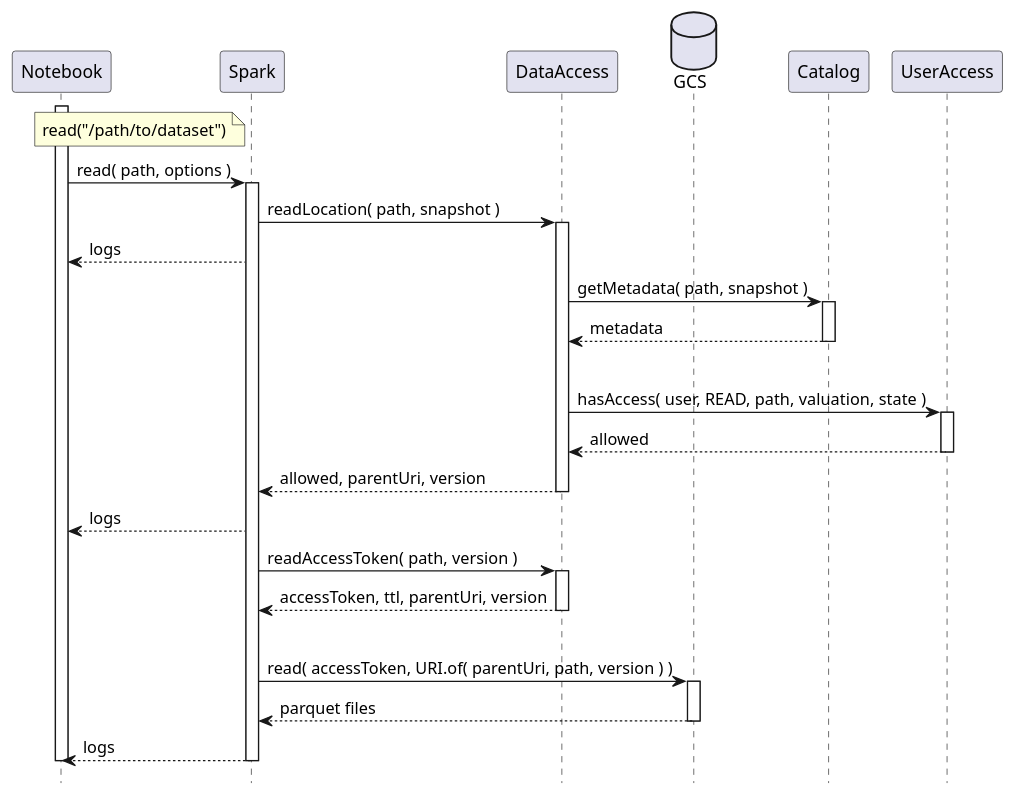
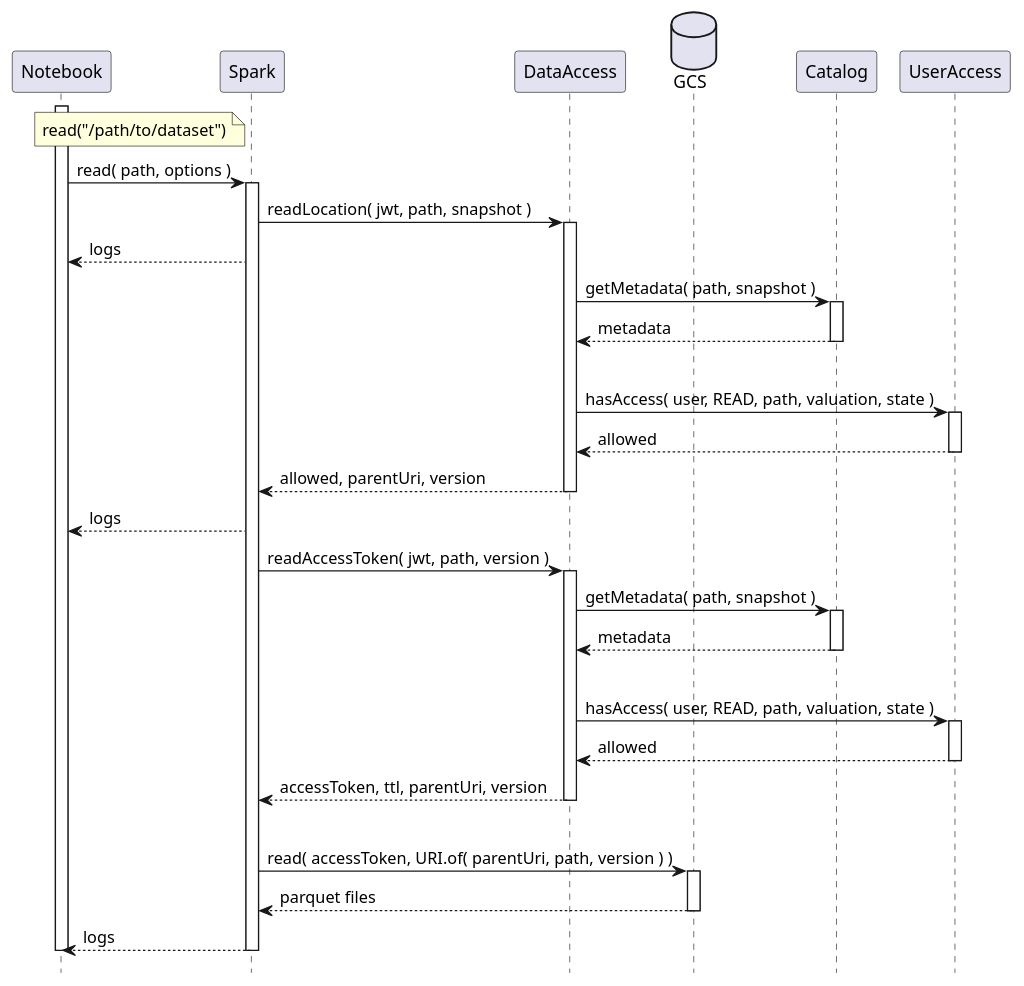
Before and after one commit to statisticsnorway/dapla-project: the diagram in doc/data-read-success.puml, drawn with PlantUML. The commit also changed 1 other file, not shown here.

Commit message:
Updated read and write sequence diagram

```diff
--- a/doc/data-read-success.puml
+++ b/doc/data-read-success.puml
@@ -1,38 +1,43 @@
 @startuml
 hide footbox
 
 ' Participants
 
 participant "Notebook" as notebook
 participant "Spark" as spark
 participant "DataAccess" as data_access
 database "GCS" as gcs
 participant "Catalog" as catalog
 participant "UserAccess" as user_access
 
 ' Read data
 
 note left of spark
     read("/path/to/dataset")
 end note
 
 activate notebook
 notebook->spark ++ : read( path, options )
-spark->data_access ++ : readLocation( path, snapshot )
+spark->data_access ++ : readLocation( jwt, path, snapshot )
 spark-->notebook: logs
 data_access->catalog ++ : getMetadata( path, snapshot )
 return metadata
 |||
 data_access->user_access ++ : hasAccess( user, READ, path, valuation, state )
 return allowed
 return allowed, parentUri, version
 spark-->notebook: logs
-spark->data_access ++ : readAccessToken( path, version )
+spark->data_access ++ : readAccessToken( jwt, path, version )
+data_access->catalog ++ : getMetadata( path, snapshot )
+return metadata
+|||
+data_access->user_access ++ : hasAccess( user, READ, path, valuation, state )
+return allowed
 return accessToken, ttl, parentUri, version
 |||
 spark->gcs ++ : read( accessToken, URI.of( parentUri, path, version ) )
 return parquet files
 return logs
 deactivate notebook
 
 @enduml
```
